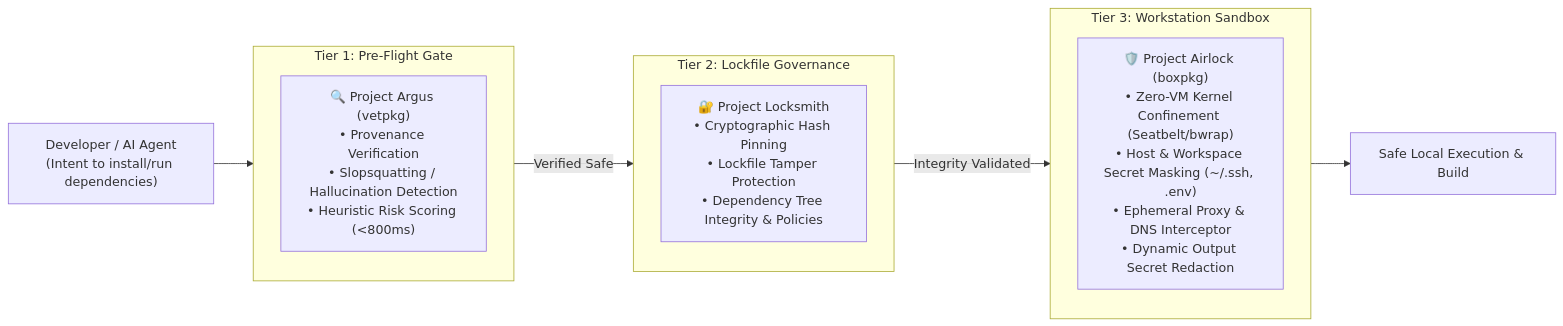
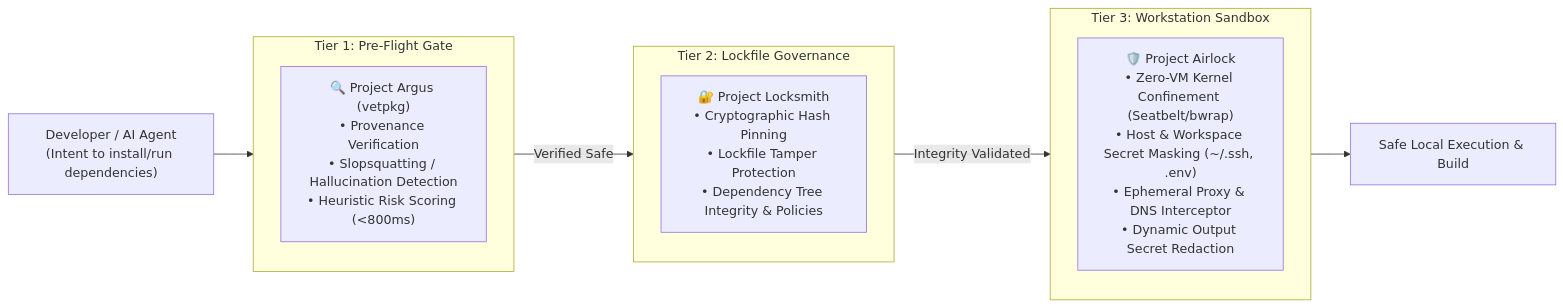
Before and after one commit to bonjoski/airlock: the second of 2 diagrams in README.md, drawn with Mermaid. The commit also changed other lines of this file and 15 other files, not shown here.

Commit message:
feat(release): centralize versioning in pkg/version, purge legacy boxpkg references, and remove project_plan.pdf

````diff
--- a/README.md
+++ b/README.md
@@ -80,21 +80,21 @@
 ```mermaid
 flowchart LR
     Dev["Developer / AI Agent<br/>(Intent to install/run dependencies)"]
 
     subgraph Tier1["Tier 1: Pre-Flight Gate"]
         Argus["🔍 Project Argus (vetpkg)<br/>• Provenance Verification<br/>• Slopsquatting / Hallucination Detection<br/>• Heuristic Risk Scoring (<800ms)"]
     end
 
     subgraph Tier2["Tier 2: Lockfile Governance"]
         Locksmith["🔐 Project Locksmith<br/>• Cryptographic Hash Pinning<br/>• Lockfile Tamper Protection<br/>• Dependency Tree Integrity & Policies"]
     end
 
     subgraph Tier3["Tier 3: Workstation Sandbox"]
-        Airlock["🛡️ Project Airlock (boxpkg)<br/>• Zero-VM Kernel Confinement (Seatbelt/bwrap)<br/>• Host & Workspace Secret Masking (~/.ssh, .env)<br/>• Ephemeral Proxy & DNS Interceptor<br/>• Dynamic Output Secret Redaction"]
+        Airlock["🛡️ Project Airlock<br/>• Zero-VM Kernel Confinement (Seatbelt/bwrap)<br/>• Host & Workspace Secret Masking (~/.ssh, .env)<br/>• Ephemeral Proxy & DNS Interceptor<br/>• Dynamic Output Secret Redaction"]
     end
 
     Dev --> Tier1
     Tier1 -->|Verified Safe| Tier2
     Tier2 -->|Integrity Validated| Tier3
     Tier3 --> Runtime["Safe Local Execution & Build"]
 ```
````
